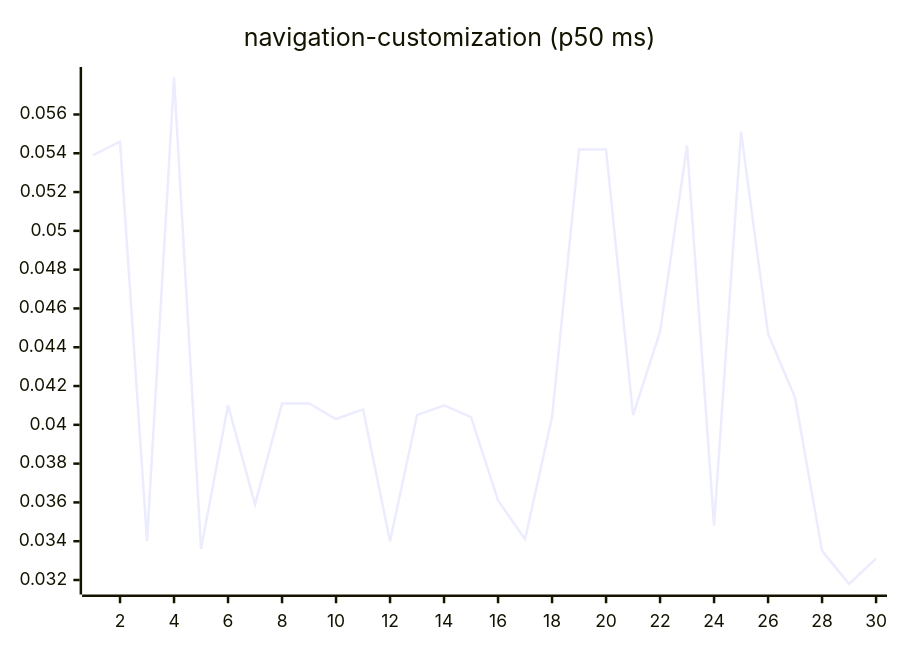
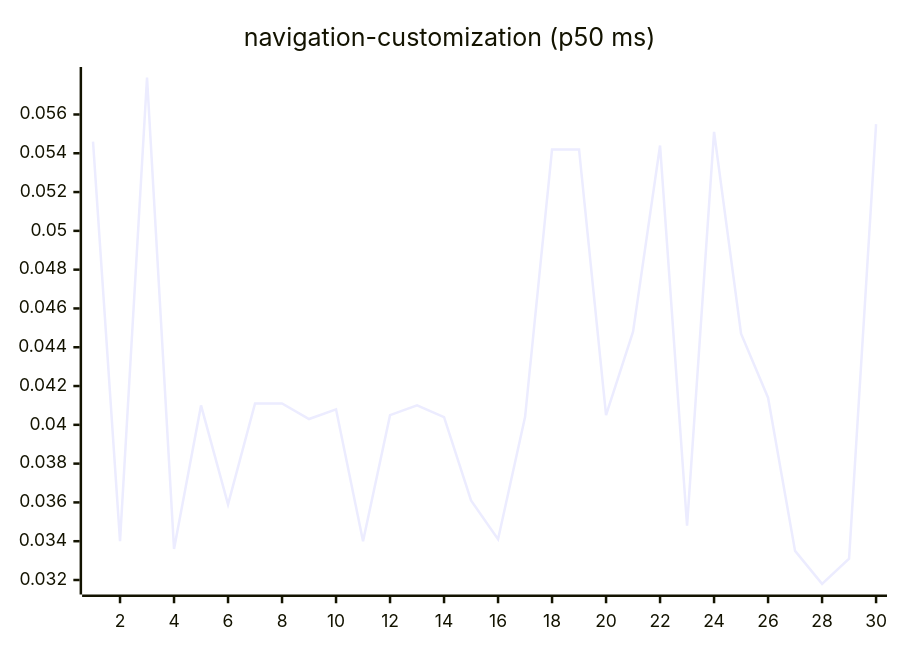
Before and after one commit to josha/Facet: diagram 15 of 27 in README.md, drawn with Mermaid. The commit also changed other lines of this file and 2 other files, not shown here.

````diff
--- a/README.md
+++ b/README.md
@@ -161,6 +161,6 @@
 ```mermaid
 xychart-beta
     title "navigation-customization (p50 ms)"
     x-axis 1 --> 30
-    line [0.0539, 0.0546, 0.0340, 0.0579, 0.0336, 0.0410, 0.0359, 0.0411, 0.0411, 0.0403, 0.0408, 0.0340, 0.0405, 0.0410, 0.0404, 0.0361, 0.0341, 0.0404, 0.0542, 0.0542, 0.0405, 0.0448, 0.0544, 0.0348, 0.0551, 0.0447, 0.0414, 0.0335, 0.0318, 0.0331]
+    line [0.0546, 0.0340, 0.0579, 0.0336, 0.0410, 0.0359, 0.0411, 0.0411, 0.0403, 0.0408, 0.0340, 0.0405, 0.0410, 0.0404, 0.0361, 0.0341, 0.0404, 0.0542, 0.0542, 0.0405, 0.0448, 0.0544, 0.0348, 0.0551, 0.0447, 0.0414, 0.0335, 0.0318, 0.0331, 0.0555]
 ```
````
